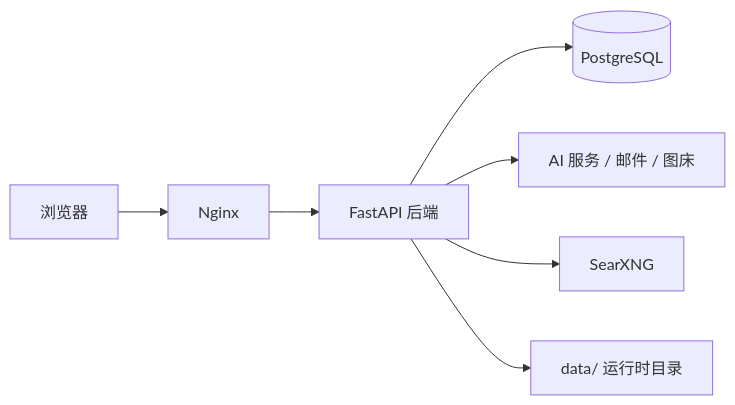
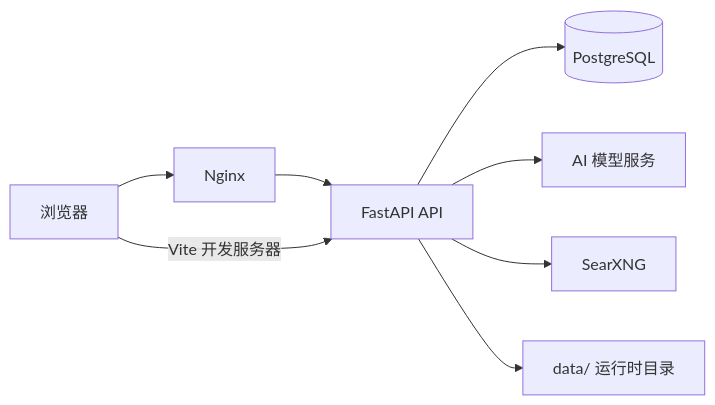
The diagram in README.md (21hbguo/atelier-ai-workbench), drawn with Mermaid before and after one commit. The commit also changed other lines of this file, not shown here.

````diff
--- a/README.md
+++ b/README.md
@@ -17,9 +27,10 @@
 ```mermaid
 flowchart LR
     Browser[浏览器] --> Nginx[Nginx]
-    Nginx --> API[FastAPI 后端]
+    Nginx --> API[FastAPI API]
     API --> DB[(PostgreSQL)]
-    API --> Providers[AI 服务 / 邮件 / 图床]
+    API --> Models[AI 模型服务]
     API --> Search[SearXNG]
     API --> Runtime[data/ 运行时目录]
+    Browser -->|Vite 开发服务器| API
 ```
````
